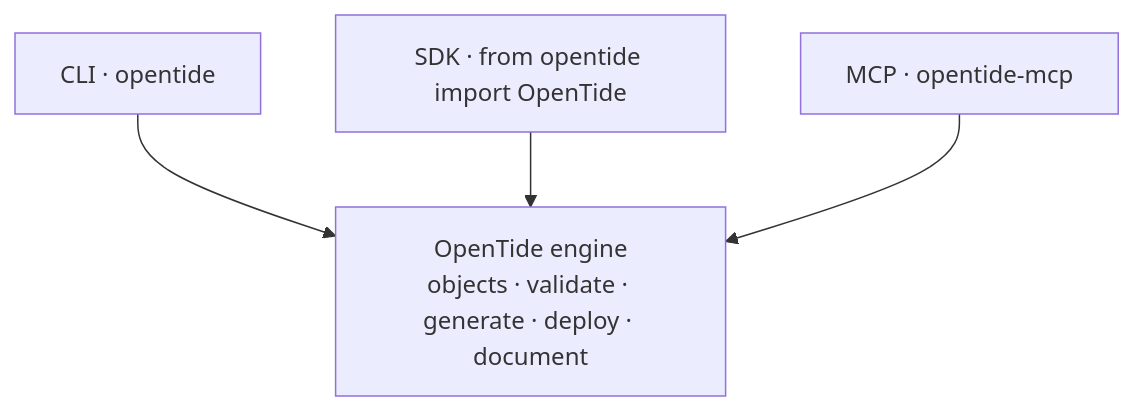
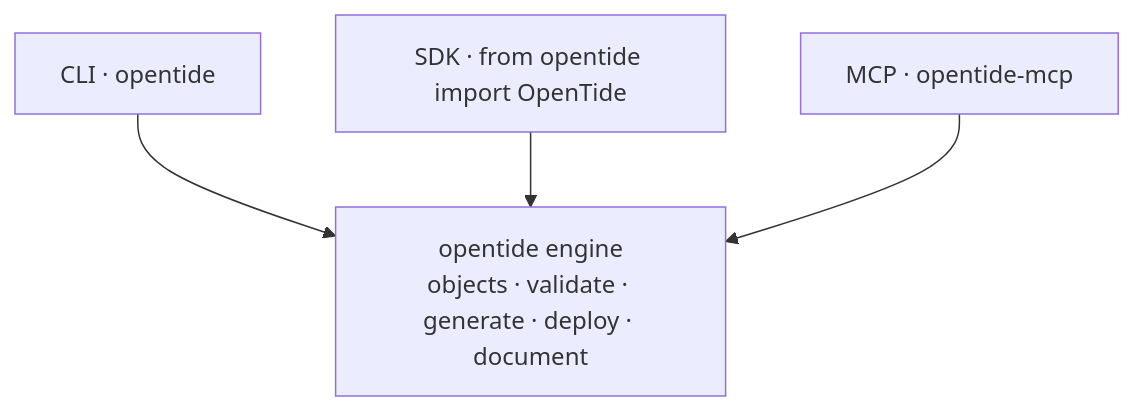
Before and after one commit to opentidehq/website: the diagram in content/docs/usage/choosing-an-interface.md, drawn with Mermaid. The commit also changed other lines of this file and 59 other files, not shown here.

````diff
--- a/content/docs/usage/choosing-an-interface.md
+++ b/content/docs/usage/choosing-an-interface.md
@@ -8,7 +8,7 @@
 ```mermaid
 flowchart TD
-  engine["OpenTide engine<br/>objects · validate · generate · deploy · document"]
+  engine["opentide engine<br/>objects · validate · generate · deploy · document"]
   cli["CLI · opentide"] --> engine
   sdk["SDK · from opentide import OpenTide"] --> engine
   mcp["MCP · opentide-mcp"] --> engine
 ```
````
